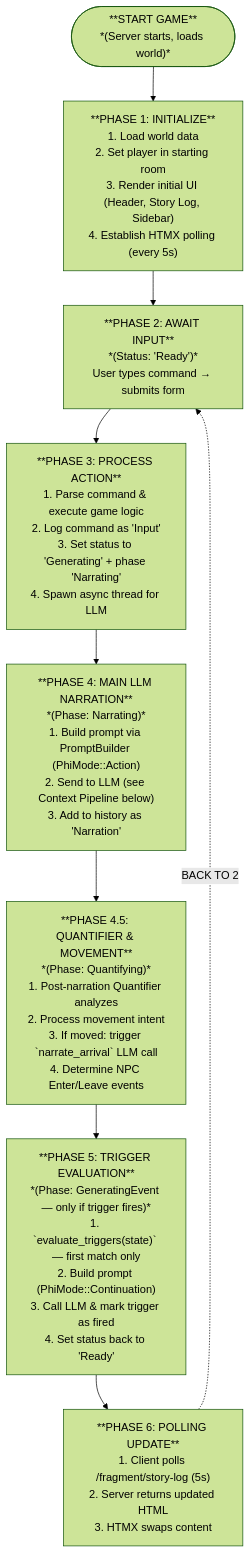
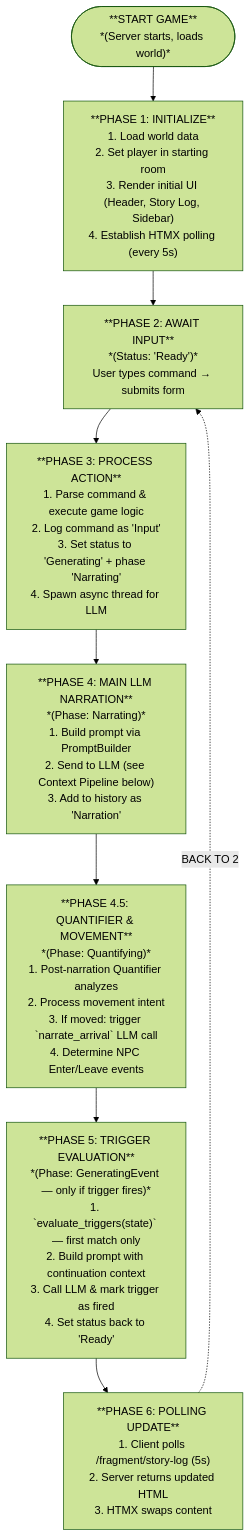
Before and after one commit to notsonormal/chronicler-engine: the first of 2 diagrams in chronicler_engine/docs/system/game_flow.md, drawn with Mermaid (forest theme). The commit also changed 36 other files, not shown here.

First line of the commit message:
feat(chronicler): LLM infrastructure improvements and prompt system updates

````diff
--- a/chronicler_engine/docs/system/game_flow.md
+++ b/chronicler_engine/docs/system/game_flow.md
@@ -9,27 +9,27 @@
 ```mermaid
 flowchart TD
     Start(["**START GAME**<br>*(Server starts, loads world)*"])
     
     Phase1["**PHASE 1: INITIALIZE**<br>1. Load world data<br>2. Set player in starting room<br>3. Render initial UI (Header, Story Log, Sidebar)<br>4. Establish HTMX polling (every 5s)"]
     
     Phase2["**PHASE 2: AWAIT INPUT**<br>*(Status: 'Ready')*<br>User types command → submits form"]
     
     Phase3["**PHASE 3: PROCESS ACTION**<br>1. Parse command & execute game logic<br>2. Log command as 'Input'<br>3. Set status to 'Generating' + phase 'Narrating'<br>4. Spawn async thread for LLM"]
     
-    Phase4["**PHASE 4: MAIN LLM NARRATION**<br>*(Phase: Narrating)*<br>1. Build prompt via PromptBuilder (PhiMode::Action)<br>2. Send to LLM (see Context Pipeline below)<br>3. Add to history as 'Narration'"]
+    Phase4["**PHASE 4: MAIN LLM NARRATION**<br>*(Phase: Narrating)*<br>1. Build prompt via PromptBuilder<br>2. Send to LLM (see Context Pipeline below)<br>3. Add to history as 'Narration'"]
     
     Phase45["**PHASE 4.5: QUANTIFIER & MOVEMENT**<br>*(Phase: Quantifying)*<br>1. Post-narration Quantifier analyzes<br>2. Process movement intent<br>3. If moved: trigger `narrate_arrival` LLM call<br>4. Determine NPC Enter/Leave events"]
     
-    Phase5["**PHASE 5: TRIGGER EVALUATION**<br>*(Phase: GeneratingEvent — only if trigger fires)*<br>1. `evaluate_triggers(state)` — first match only<br>2. Build prompt (PhiMode::Continuation)<br>3. Call LLM & mark trigger as fired<br>4. Set status back to 'Ready'"]
+    Phase5["**PHASE 5: TRIGGER EVALUATION**<br>*(Phase: GeneratingEvent — only if trigger fires)*<br>1. `evaluate_triggers(state)` — first match only<br>2. Build prompt with continuation context<br>3. Call LLM & mark trigger as fired<br>4. Set status back to 'Ready'"]
     
     Phase6["**PHASE 6: POLLING UPDATE**<br>1. Client polls /fragment/story-log (5s)<br>2. Server returns updated HTML<br>3. HTMX swaps content"]
 
     Start --> Phase1
     Phase1 --> Phase2
     Phase2 --> Phase3
     Phase3 --> Phase4
     Phase4 --> Phase45
     Phase45 --> Phase5
     Phase5 --> Phase6
     Phase6 -.->|BACK TO 2| Phase2
 ```
````
